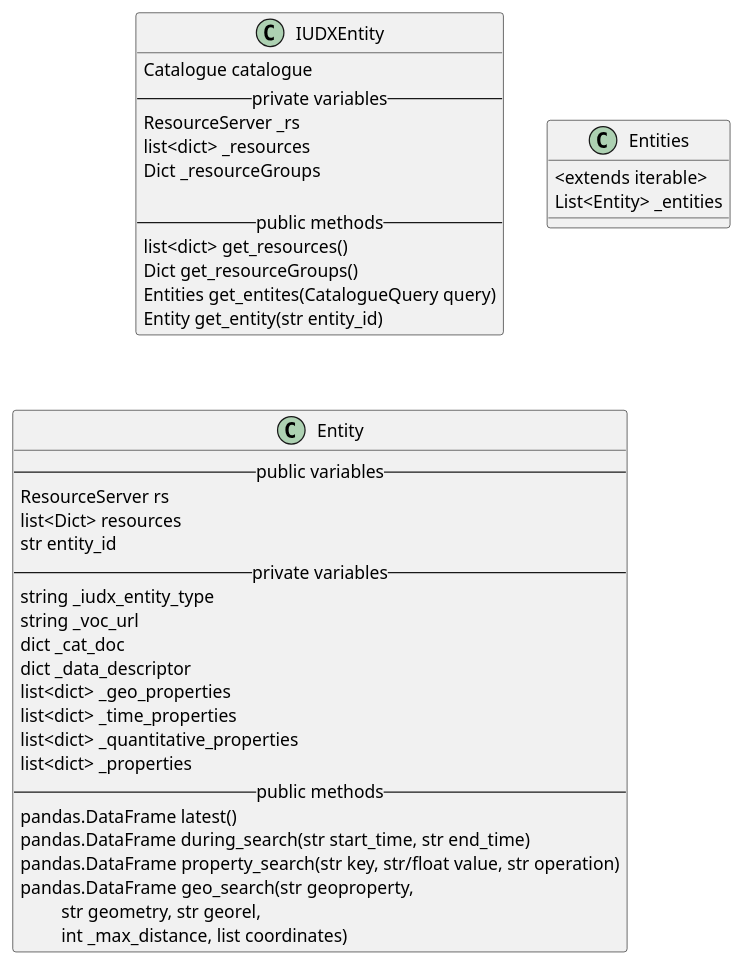
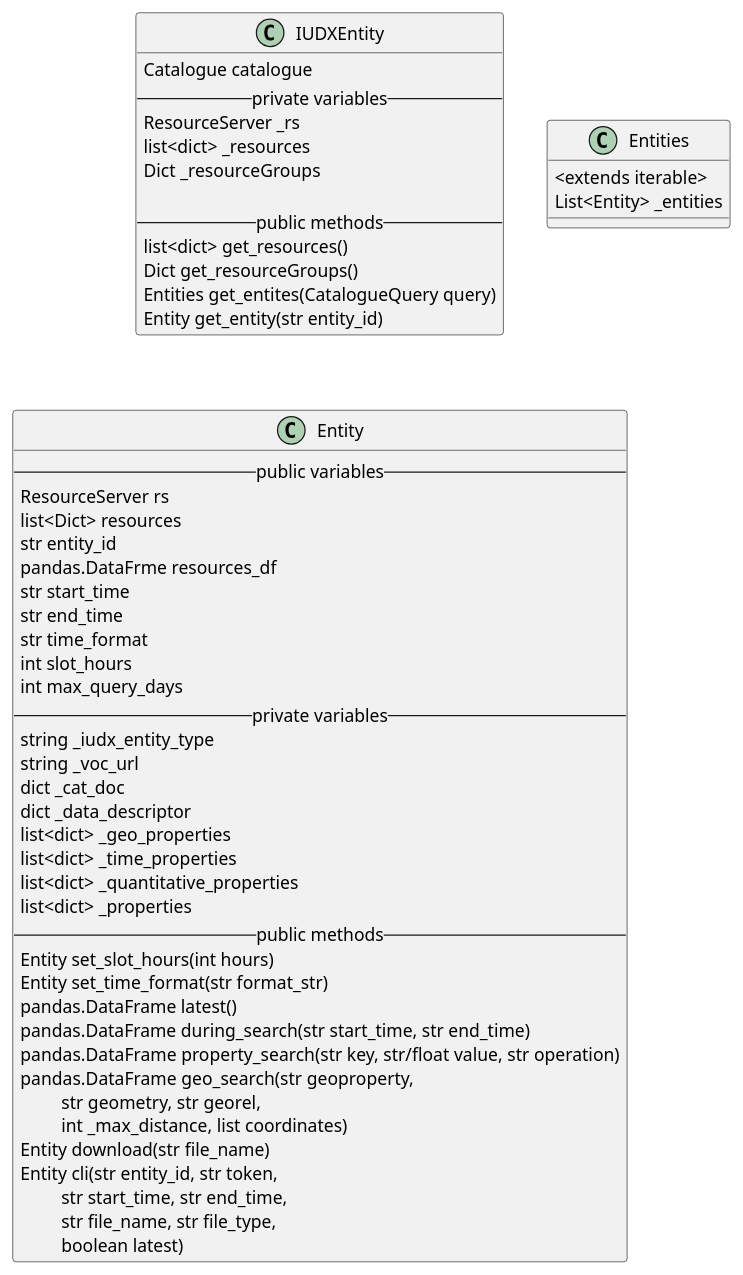
Before and after one commit to datakaveri/iudx-python-sdk: the diagram in docs/diagrams/IUDXEntity.puml, drawn with PlantUML. The commit also changed 4 other files, not shown here.

Commit message:
Implemented iudx CLI for Entity download and latest datasets.

```diff
--- a/docs/diagrams/IUDXEntity.puml
+++ b/docs/diagrams/IUDXEntity.puml
@@ -1,45 +1,58 @@
 @startuml
 class IUDXEntity  {
   Catalogue catalogue
   -- private variables --
   ResourceServer _rs
   list<dict> _resources
   Dict _resourceGroups
 
   -- public methods --
   list<dict> get_resources()
   Dict get_resourceGroups()
   Entities get_entites(CatalogueQuery query)
   Entity get_entity(str entity_id)
 }
 
 
 class Entities {
     <extends iterable>
     List<Entity> _entities
 }
 
 
 class Entity {
     -- public variables --
     ResourceServer rs
     list<Dict> resources
     str entity_id
+    pandas.DataFrme resources_df
+    str start_time
+    str end_time
+    str time_format
+    int slot_hours
+    int max_query_days
     -- private variables --
     string _iudx_entity_type
     string _voc_url
     dict _cat_doc
     dict _data_descriptor
     list<dict> _geo_properties
     list<dict> _time_properties
     list<dict> _quantitative_properties
     list<dict> _properties
     -- public methods --
+    Entity set_slot_hours(int hours)
+    Entity set_time_format(str format_str)
     pandas.DataFrame latest()
     pandas.DataFrame during_search(str start_time, str end_time)
     pandas.DataFrame property_search(str key, str/float value, str operation)
     pandas.DataFrame geo_search(str geoproperty,
         \t str geometry, str georel, 
         \t int _max_distance, list coordinates)
+    Entity download(str file_name)
+    Entity cli(str entity_id, str token,
+        \t str start_time, str end_time, 
+        \t str file_name, str file_type, 
+        \t boolean latest)
 }
 @enduml
```
